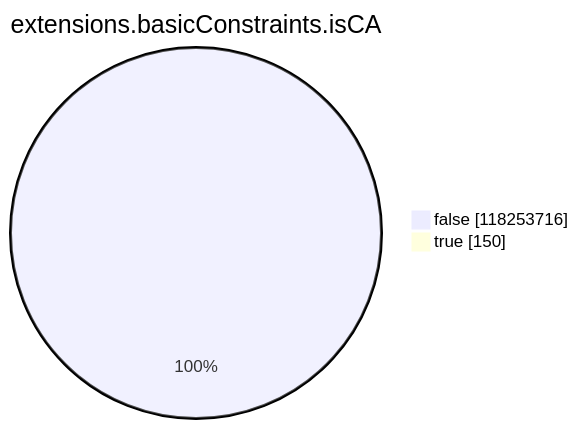
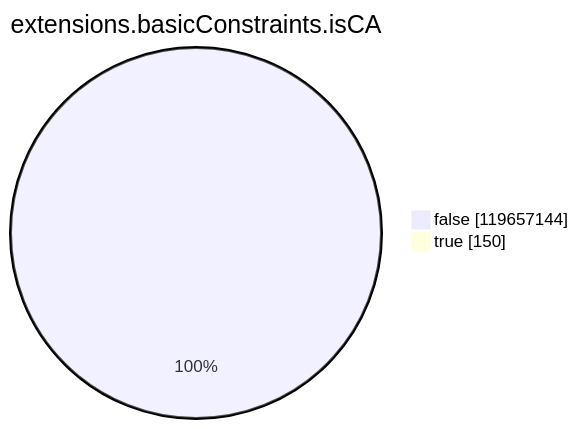
The seventh of 15 diagrams in xenon2023/README.md (christiankrug/ctmonitor_visualization), drawn with Mermaid before and after one commit. The commit also changed other lines of this file, not shown here.

````diff
--- a/xenon2023/README.md
+++ b/xenon2023/README.md
@@ -2149,6 +2152,6 @@
 ```mermaid
 pie showData
 title extensions.basicConstraints.isCA
-"false" :118253716
+"false" :119657144
 "true" :150
 ```
````
